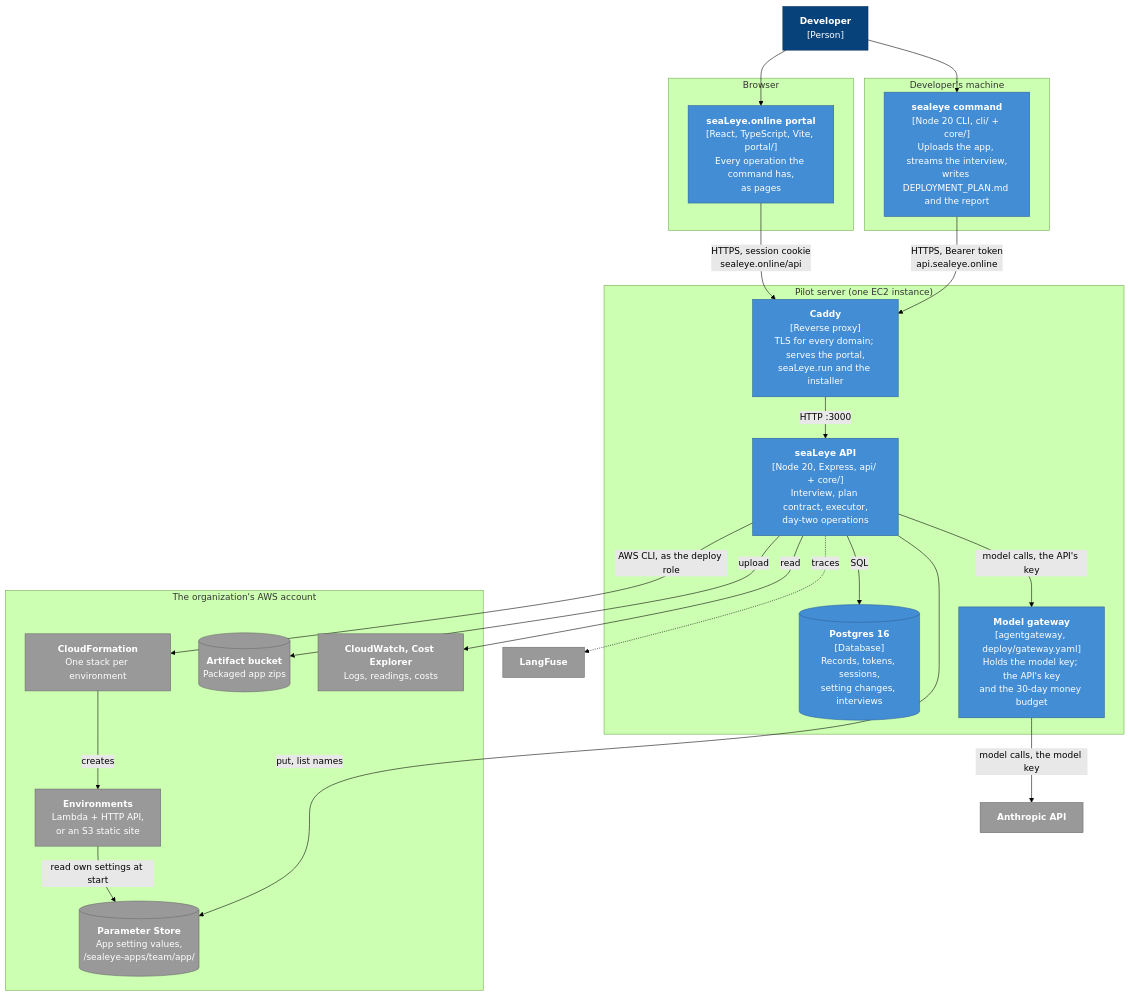
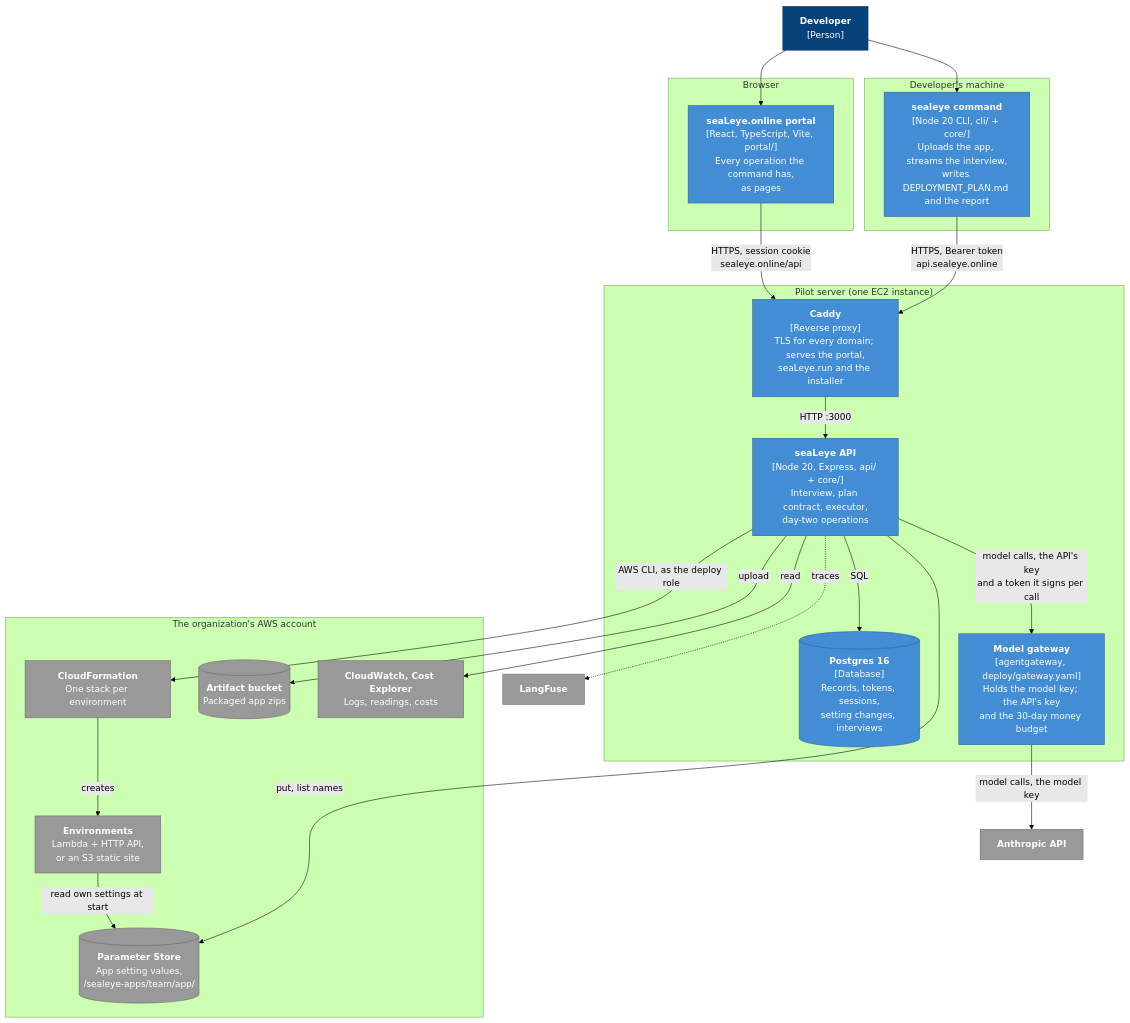
Before and after one commit to GregKliewer/sealeye: the second of 11 diagrams in docs/ARCHITECTURE.md, drawn with Mermaid (forest theme). The commit also changed other lines of this file and 20 other files, not shown here.

First line of the commit message:
Phase 3 Step 6: a signed token on every model call

````diff
--- a/docs/ARCHITECTURE.md
+++ b/docs/ARCHITECTURE.md
@@ -93,55 +93,55 @@
 ```mermaid
 flowchart TB
   dev["<b>Developer</b><br/>[Person]"]
 
   subgraph laptop["Developer's machine"]
     cli["<b>sealeye command</b><br/>[Node 20 CLI, cli/ + core/]<br/>Uploads the app, streams the interview,<br/>writes DEPLOYMENT_PLAN.md and the report"]
   end
 
   subgraph browser["Browser"]
     portal["<b>seaLeye.online portal</b><br/>[React, TypeScript, Vite, portal/]<br/>Every operation the command has,<br/>as pages"]
   end
 
   subgraph server["Pilot server (one EC2 instance)"]
     caddy["<b>Caddy</b><br/>[Reverse proxy]<br/>TLS for every domain; serves the portal,<br/>seaLeye.run and the installer"]
     api["<b>seaLeye API</b><br/>[Node 20, Express, api/ + core/]<br/>Interview, plan contract, executor,<br/>day-two operations"]
     pg[("<b>Postgres 16</b><br/>[Database]<br/>Records, tokens, sessions,<br/>setting changes, interviews")]
     gw["<b>Model gateway</b><br/>[agentgateway, deploy/gateway.yaml]<br/>Holds the model key; the API's key<br/>and the 30-day money budget"]
   end
 
   subgraph aws["The organization's AWS account"]
     cfn["<b>CloudFormation</b><br/>One stack per environment"]
     s3a[("<b>Artifact bucket</b><br/>Packaged app zips")]
     ssm[("<b>Parameter Store</b><br/>App setting values,<br/>/sealeye-apps/team/app/")]
     envs["<b>Environments</b><br/>Lambda + HTTP API,<br/>or an S3 static site"]
     cw["<b>CloudWatch, Cost Explorer</b><br/>Logs, readings, costs"]
   end
 
   anthropic["<b>Anthropic API</b>"]
   langfuse["<b>LangFuse</b>"]
 
   dev --> cli
   dev --> portal
   cli -- "HTTPS, Bearer token<br/>api.sealeye.online" --> caddy
   portal -- "HTTPS, session cookie<br/>sealeye.online/api" --> caddy
   caddy -- "HTTP :3000" --> api
   api -- "SQL" --> pg
   api -- "AWS CLI, as the deploy role" --> cfn
   api -- "upload" --> s3a
   api -- "put, list names" --> ssm
   api -- "read" --> cw
   cfn -- "creates" --> envs
   envs -- "read own settings at start" --> ssm
-  api -- "model calls, the API's key" --> gw
+  api -- "model calls, the API's key<br/>and a token it signs per call" --> gw
   gw -- "model calls, the model key" --> anthropic
   api -. "traces" .-> langfuse
 
   classDef person fill:#08427b,stroke:#052e56,color:#fff
   classDef container fill:#438dd5,stroke:#2e6295,color:#fff
   classDef store fill:#438dd5,stroke:#2e6295,color:#fff
   classDef external fill:#999,stroke:#6b6b6b,color:#fff
   class dev person
   class cli,portal,caddy,api,gw container
   class pg store
   class cfn,s3a,ssm,envs,cw,anthropic,langfuse external
 ```
````
